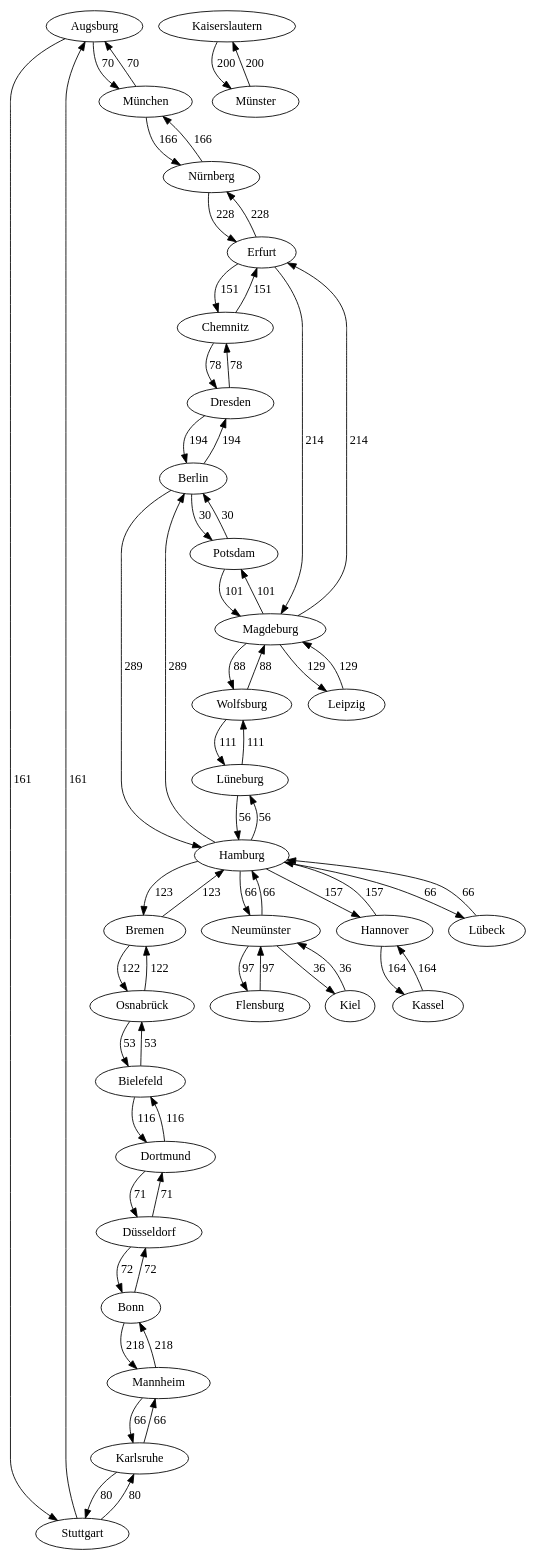
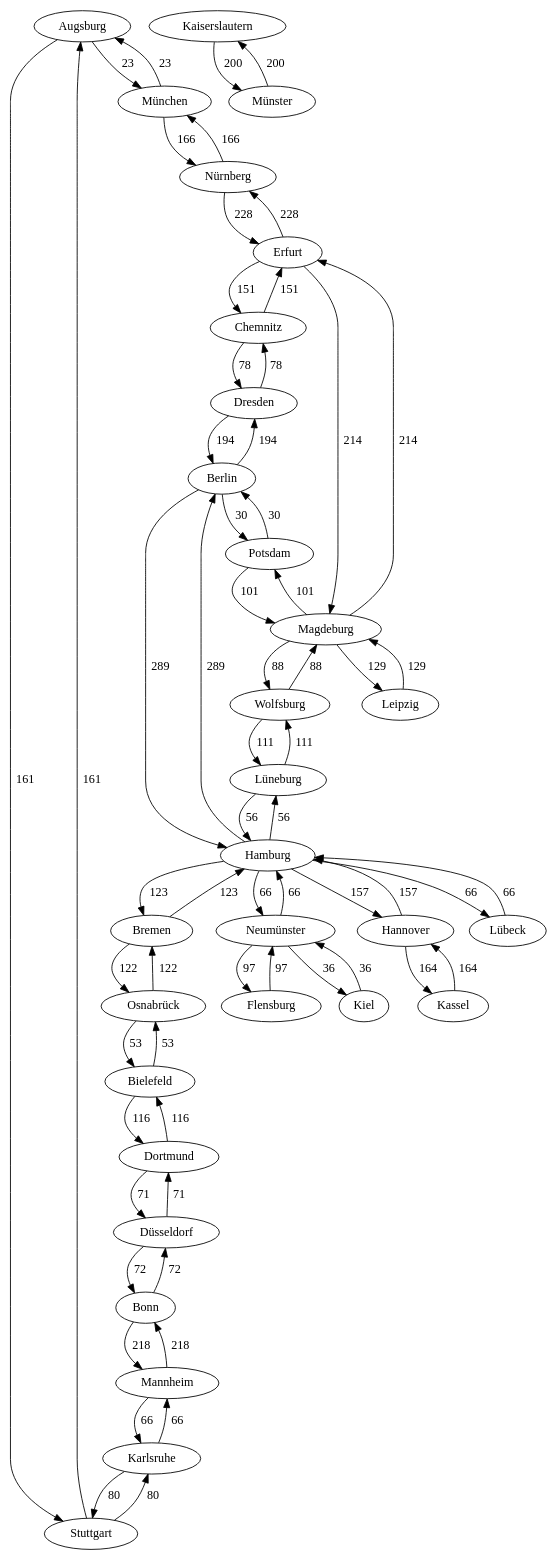
Before and after one commit to MaxPower9001/B-AI3GKAP: the diagram in io/graph_01.dot, drawn with Graphviz. The commit also changed 15 other files, not shown here.

```diff
--- a/io/graph_01.dot
+++ b/io/graph_01.dot
@@ -1,95 +1,95 @@
 digraph graph_01
 {
 Augsburg
 München
 Stuttgart
 Berlin
 Dresden
 Hamburg
 Potsdam
 Bielefeld
 Dortmund
 Osnabrück
 Bonn
 Düsseldorf
 Mannheim
 Bremen
 Chemnitz
 Erfurt
 Magdeburg
 Nürnberg
 Flensburg
 Neumünster
 Hannover
 Lübeck
 Lüneburg
 Kassel
 Kaiserslautern
 Münster
 Karlsruhe
 Kiel
 Leipzig
 Wolfsburg
-Augsburg -> München [label="70"]
-Augsburg -> Stuttgart [label="161"]
-München -> Augsburg [label="70"]
-München -> Nürnberg [label="166"]
-Stuttgart -> Augsburg [label="161"]
-Stuttgart -> Karlsruhe [label="80"]
-Berlin -> Dresden [label="194"]
-Berlin -> Hamburg [label="289"]
-Berlin -> Potsdam [label="30"]
-Dresden -> Berlin [label="194"]
-Dresden -> Chemnitz [label="78"]
-Hamburg -> Berlin [label="289"]
-Hamburg -> Bremen [label="123"]
-Hamburg -> Neumünster [label="66"]
-Hamburg -> Hannover [label="157"]
-Hamburg -> Lübeck [label="66"]
-Hamburg -> Lüneburg [label="56"]
-Potsdam -> Berlin [label="30"]
-Potsdam -> Magdeburg [label="101"]
-Bielefeld -> Dortmund [label="116"]
-Bielefeld -> Osnabrück [label="53"]
-Dortmund -> Bielefeld [label="116"]
-Dortmund -> Düsseldorf [label="71"]
-Osnabrück -> Bielefeld [label="53"]
-Osnabrück -> Bremen [label="122"]
-Bonn -> Düsseldorf [label="72"]
-Bonn -> Mannheim [label="218"]
-Düsseldorf -> Dortmund [label="71"]
-Düsseldorf -> Bonn [label="72"]
-Mannheim -> Bonn [label="218"]
-Mannheim -> Karlsruhe [label="66"]
-Bremen -> Hamburg [label="123"]
-Bremen -> Osnabrück [label="122"]
-Chemnitz -> Dresden [label="78"]
-Chemnitz -> Erfurt [label="151"]
-Erfurt -> Chemnitz [label="151"]
-Erfurt -> Magdeburg [label="214"]
-Erfurt -> Nürnberg [label="228"]
-Magdeburg -> Potsdam [label="101"]
-Magdeburg -> Erfurt [label="214"]
-Magdeburg -> Leipzig [label="129"]
-Magdeburg -> Wolfsburg [label="88"]
-Nürnberg -> München [label="166"]
-Nürnberg -> Erfurt [label="228"]
-Flensburg -> Neumünster [label="97"]
-Neumünster -> Hamburg [label="66"]
-Neumünster -> Flensburg [label="97"]
-Neumünster -> Kiel [label="36"]
-Hannover -> Hamburg [label="157"]
-Hannover -> Kassel [label="164"]
-Lübeck -> Hamburg [label="66"]
-Lüneburg -> Hamburg [label="56"]
-Lüneburg -> Wolfsburg [label="111"]
-Kassel -> Hannover [label="164"]
-Kaiserslautern -> Münster [label="200"]
-Münster -> Kaiserslautern [label="200"]
-Karlsruhe -> Stuttgart [label="80"]
-Karlsruhe -> Mannheim [label="66"]
-Kiel -> Neumünster [label="36"]
-Leipzig -> Magdeburg [label="129"]
-Wolfsburg -> Magdeburg [label="88"]
-Wolfsburg -> Lüneburg [label="111"]
+Augsburg -> München [label=" 23  "]
+Augsburg -> Stuttgart [label=" 161  "]
+München -> Augsburg [label=" 23  "]
+München -> Nürnberg [label=" 166  "]
+Stuttgart -> Augsburg [label=" 161  "]
+Stuttgart -> Karlsruhe [label=" 80  "]
+Berlin -> Dresden [label=" 194  "]
+Berlin -> Hamburg [label=" 289  "]
+Berlin -> Potsdam [label=" 30  "]
+Dresden -> Berlin [label=" 194  "]
+Dresden -> Chemnitz [label=" 78  "]
+Hamburg -> Berlin [label=" 289  "]
+Hamburg -> Bremen [label=" 123  "]
+Hamburg -> Neumünster [label=" 66  "]
+Hamburg -> Hannover [label=" 157  "]
+Hamburg -> Lübeck [label=" 66  "]
+Hamburg -> Lüneburg [label=" 56  "]
+Potsdam -> Berlin [label=" 30  "]
+Potsdam -> Magdeburg [label=" 101  "]
+Bielefeld -> Dortmund [label=" 116  "]
+Bielefeld -> Osnabrück [label=" 53  "]
+Dortmund -> Bielefeld [label=" 116  "]
+Dortmund -> Düsseldorf [label=" 71  "]
+Osnabrück -> Bielefeld [label=" 53  "]
+Osnabrück -> Bremen [label=" 122  "]
+Bonn -> Düsseldorf [label=" 72  "]
+Bonn -> Mannheim [label=" 218  "]
+Düsseldorf -> Dortmund [label=" 71  "]
+Düsseldorf -> Bonn [label=" 72  "]
+Mannheim -> Bonn [label=" 218  "]
+Mannheim -> Karlsruhe [label=" 66  "]
+Bremen -> Hamburg [label=" 123  "]
+Bremen -> Osnabrück [label=" 122  "]
+Chemnitz -> Dresden [label=" 78  "]
+Chemnitz -> Erfurt [label=" 151  "]
+Erfurt -> Chemnitz [label=" 151  "]
+Erfurt -> Magdeburg [label=" 214  "]
+Erfurt -> Nürnberg [label=" 228  "]
+Magdeburg -> Potsdam [label=" 101  "]
+Magdeburg -> Erfurt [label=" 214  "]
+Magdeburg -> Leipzig [label=" 129  "]
+Magdeburg -> Wolfsburg [label=" 88  "]
+Nürnberg -> München [label=" 166  "]
+Nürnberg -> Erfurt [label=" 228  "]
+Flensburg -> Neumünster [label=" 97  "]
+Neumünster -> Hamburg [label=" 66  "]
+Neumünster -> Flensburg [label=" 97  "]
+Neumünster -> Kiel [label=" 36  "]
+Hannover -> Hamburg [label=" 157  "]
+Hannover -> Kassel [label=" 164  "]
+Lübeck -> Hamburg [label=" 66  "]
+Lüneburg -> Hamburg [label=" 56  "]
+Lüneburg -> Wolfsburg [label=" 111  "]
+Kassel -> Hannover [label=" 164  "]
+Kaiserslautern -> Münster [label=" 200  "]
+Münster -> Kaiserslautern [label=" 200  "]
+Karlsruhe -> Stuttgart [label=" 80  "]
+Karlsruhe -> Mannheim [label=" 66  "]
+Kiel -> Neumünster [label=" 36  "]
+Leipzig -> Magdeburg [label=" 129  "]
+Wolfsburg -> Magdeburg [label=" 88  "]
+Wolfsburg -> Lüneburg [label=" 111  "]
 }
```
